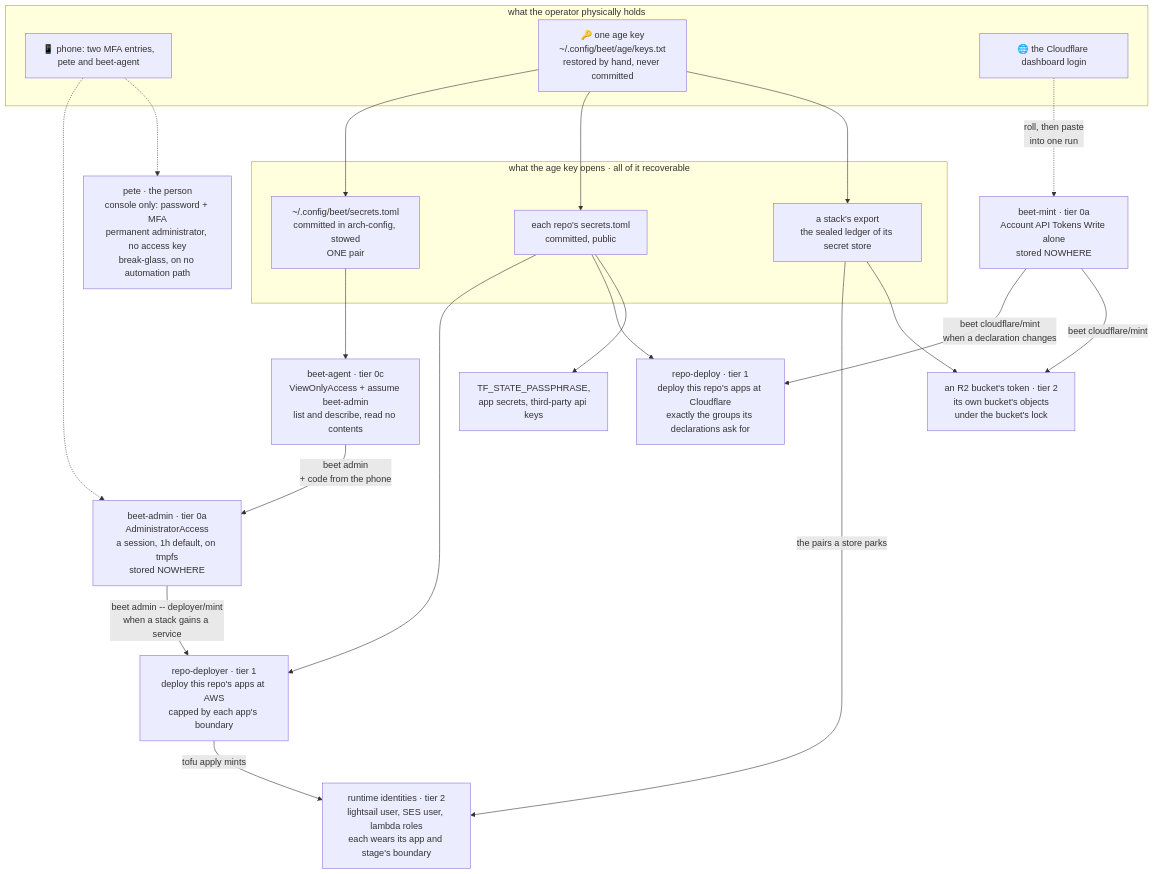
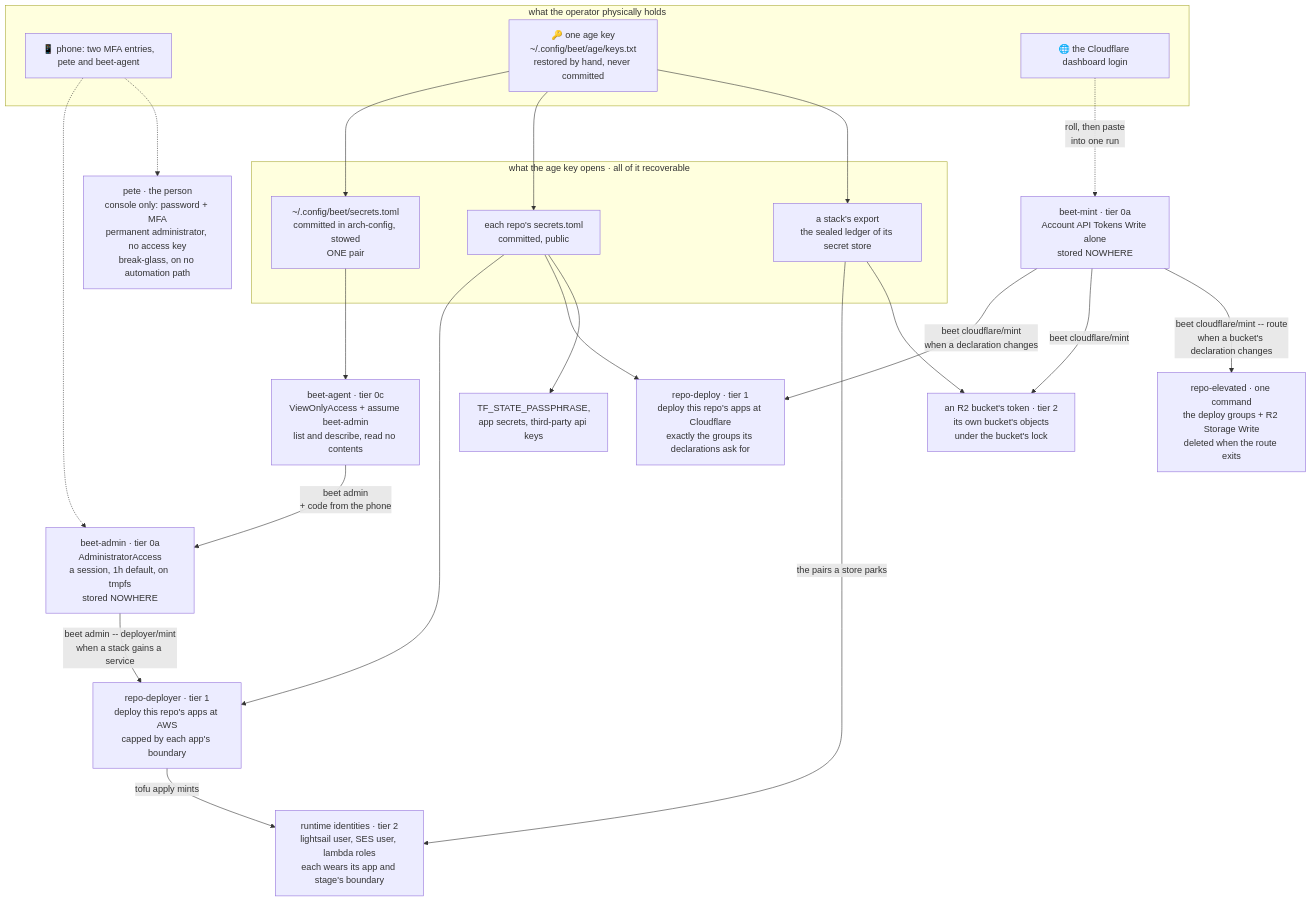
The diagram in site/routes/docs/secrets.md (mrchantey/beet), drawn with Mermaid before and after one commit. The commit also changed other lines of this file and 12 other files, not shown here.

````diff
--- a/site/routes/docs/secrets.md
+++ b/site/routes/docs/secrets.md
@@ -387,37 +387,38 @@
 ```mermaid
 flowchart TB
     subgraph you["what the operator physically holds"]
         phone["📱 phone: two MFA entries,<br/>pete and beet-agent"]
         age["🔑 one age key<br/>~/.config/beet/age/keys.txt<br/>restored by hand, never committed"]
         login["🌐 the Cloudflare dashboard login"]
     end
 
     subgraph sealed["what the age key opens · all of it recoverable"]
         global["~/.config/beet/secrets.toml<br/>committed in arch-config, stowed<br/>ONE pair"]
         repo["each repo's secrets.toml<br/>committed, public"]
         ledger["a stack's export<br/>the sealed ledger of its secret store"]
     end
 
     age --> global
     age --> repo
     age --> ledger
 
     global --> agent["beet-agent · tier 0c<br/>ViewOnlyAccess + assume beet-admin<br/>list and describe, read no contents"]
     repo --> deployer["repo-deployer · tier 1<br/>deploy this repo's apps at AWS<br/>capped by each app's boundary"]
     repo --> cfdeploy["repo-deploy · tier 1<br/>deploy this repo's apps at Cloudflare<br/>exactly the groups its declarations ask for"]
     repo --> other["TF_STATE_PASSPHRASE,<br/>app secrets, third-party api keys"]
 
     agent -->|"beet admin<br/>+ code from the phone"| admin["beet-admin · tier 0a<br/>AdministratorAccess<br/>a session, 1h default, on tmpfs<br/>stored NOWHERE"]
     phone -.-> admin
     login -.->|"roll, then paste<br/>into one run"| mint["beet-mint · tier 0a<br/>Account API Tokens Write alone<br/>stored NOWHERE"]
 
     deployer -->|"tofu apply mints"| runtime["runtime identities · tier 2<br/>lightsail user, SES user, lambda roles<br/>each wears its app and stage's boundary"]
     admin -->|"beet admin -- deployer/mint<br/>when a stack gains a service"| deployer
     mint -->|"beet cloudflare/mint<br/>when a declaration changes"| cfdeploy
     mint -->|"beet cloudflare/mint"| bucket["an R2 bucket's token · tier 2<br/>its own bucket's objects<br/>under the bucket's lock"]
+    mint -->|"beet cloudflare/mint -- route<br/>when a bucket's declaration changes"| elevated["repo-elevated · one command<br/>the deploy groups + R2 Storage Write<br/>deleted when the route exits"]
     ledger -->|"the pairs a store parks"| runtime
     ledger --> bucket
 
     pete["pete · the person<br/>console only: password + MFA<br/>permanent administrator, no access key<br/>break-glass, on no automation path"]
     phone -.-> pete
 ```
````
